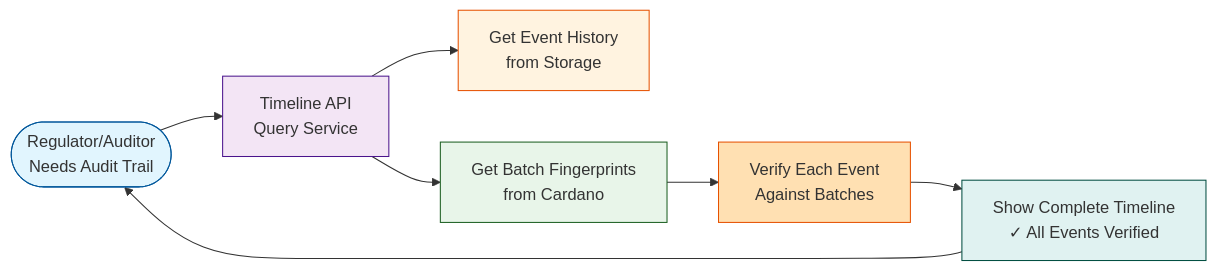
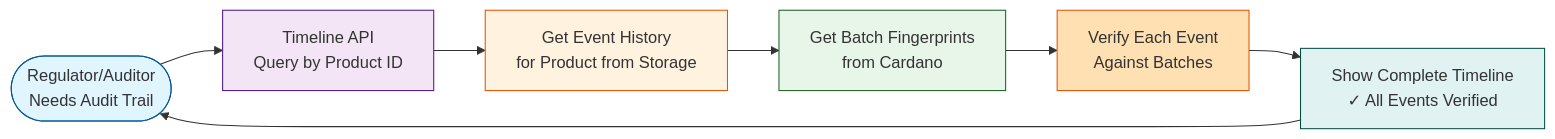
Before and after one commit to satran004/cardano-dpp-blueprint: the seventh of 9 diagrams in DPP-Blueprint-Cardano-v0.1.md, drawn with Mermaid. The commit also changed other lines of this file, not shown here.

````diff
--- a/DPP-Blueprint-Cardano-v0.1.md
+++ b/DPP-Blueprint-Cardano-v0.1.md
@@ -471,16 +537,16 @@
 ```mermaid
 flowchart LR
-    Regulator([Regulator/Auditor<br/>Needs Audit Trail]) --> API[Timeline API<br/>Query Service]
-    API --> FetchEvents[Get Event History<br/>from Storage]
-    API --> FetchProofs[Get Batch Fingerprints<br/>from Cardano]
+    Regulator([Regulator/Auditor<br/>Needs Audit Trail]) --> API[Timeline API<br/>Query by Product ID]
+    API --> FetchEvents[Get Event History<br/>for Product from Storage]
+    FetchEvents --> FetchProofs[Get Batch Fingerprints<br/>from Cardano]
     FetchProofs --> Verify[Verify Each Event<br/>Against Batches]
     Verify --> Timeline[Show Complete Timeline<br/>✓ All Events Verified]
     Timeline --> Regulator
 
     style Regulator fill:#E1F5FE,stroke:#01579B
     style API fill:#F3E5F5,stroke:#4A148C
     style FetchEvents fill:#FFF3E0,stroke:#E65100
     style FetchProofs fill:#E8F5E9,stroke:#1B5E20
     style Verify fill:#FFE0B2,stroke:#E65100
     style Timeline fill:#E0F2F1,stroke:#004D40
 ```
````
